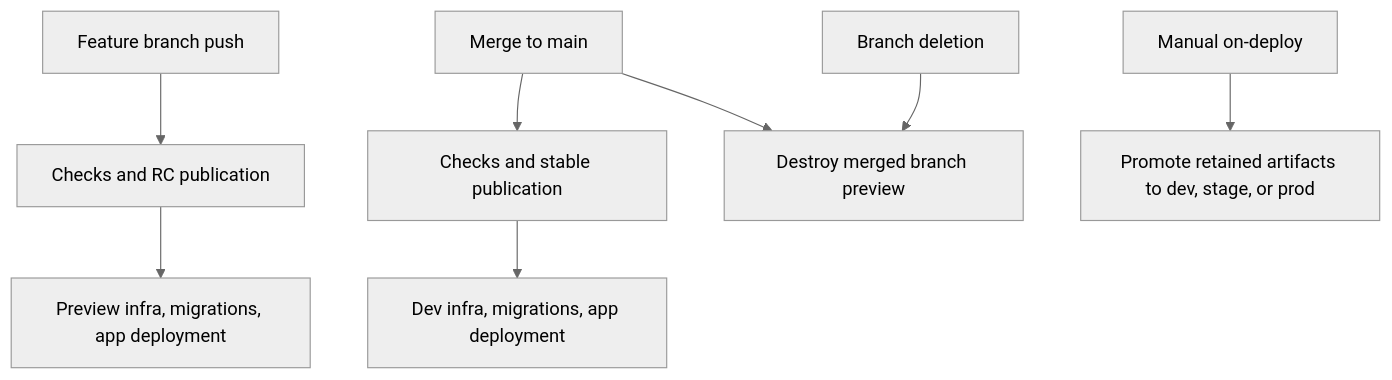
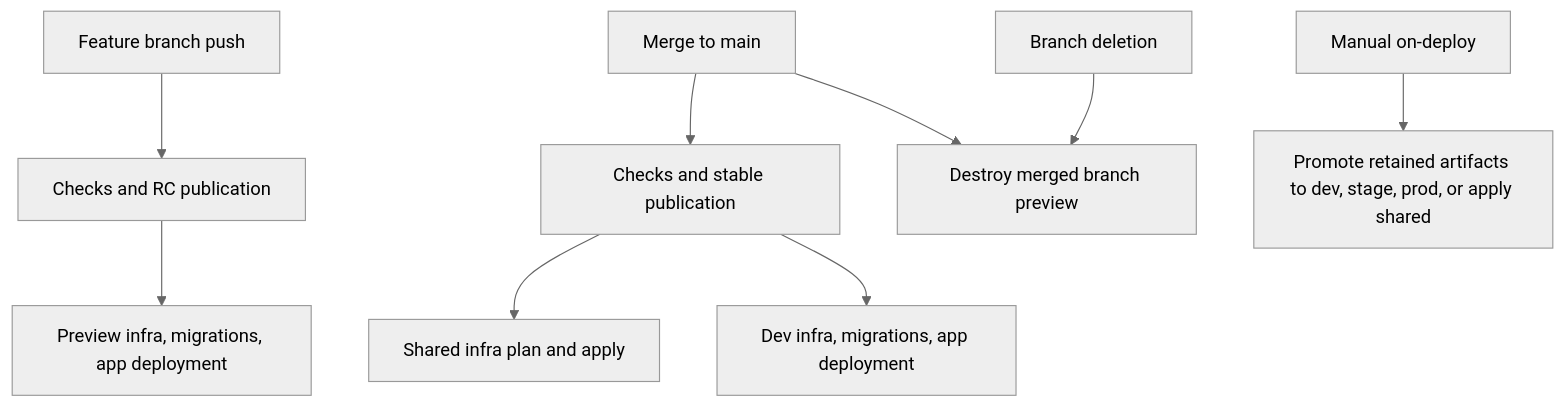
Before and after one commit to cloudvoyant/premise: the diagram in docs/guides/ci.md, drawn with Mermaid (neutral theme). The commit also changed other lines of this file and 36 other files, not shown here.

Commit message:
feat(infra): standardize infra/env and infra/shared conventions

````diff
--- a/docs/guides/ci.md
+++ b/docs/guides/ci.md
@@ -15,10 +15,11 @@
 ```mermaid
 flowchart TD
     Branch[Feature branch push] --> Checks[Checks and RC publication]
     Checks --> Preview[Preview infra, migrations, app deployment]
     Merge[Merge to main] --> Stable[Checks and stable publication]
+    Stable --> Shared[Shared infra plan and apply]
     Stable --> Dev[Dev infra, migrations, app deployment]
     Merge --> Cleanup[Destroy merged branch preview]
     Delete[Branch deletion] --> Cleanup
-    Manual[Manual on-deploy] --> Promote[Promote retained artifacts to dev, stage, or prod]
+    Manual[Manual on-deploy] --> Promote[Promote retained artifacts to dev, stage, prod, or apply shared]
 ```
````
